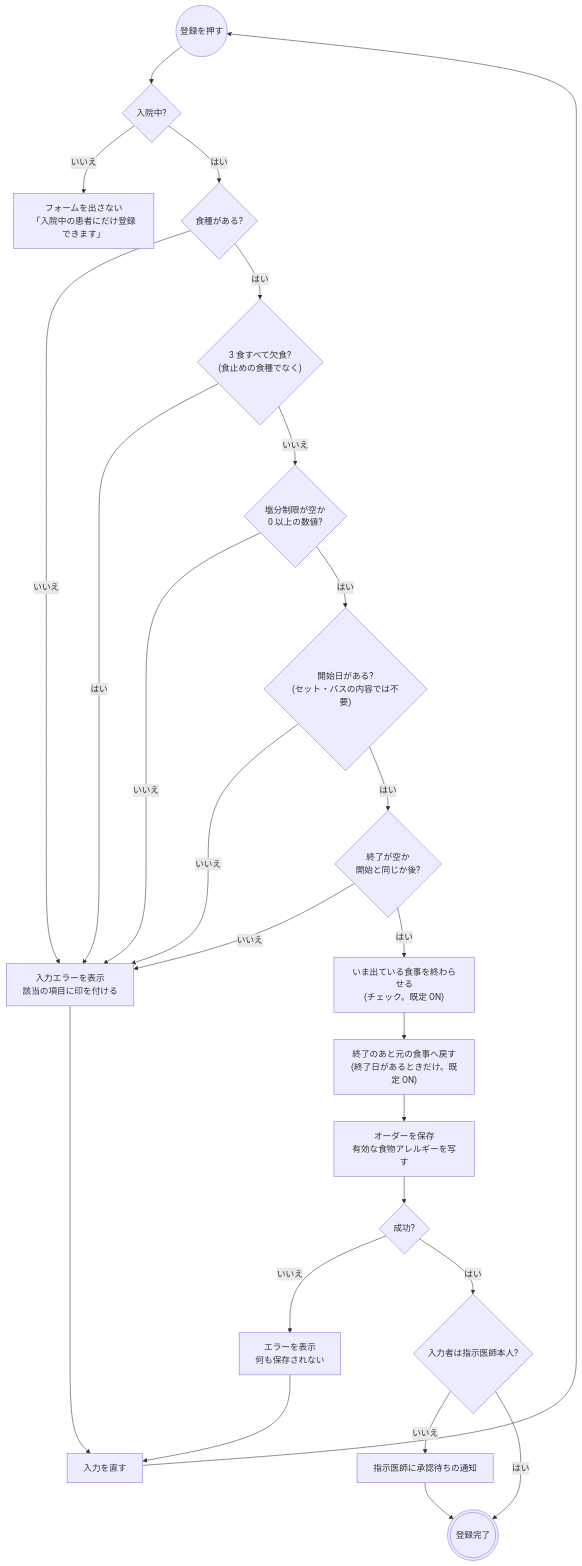
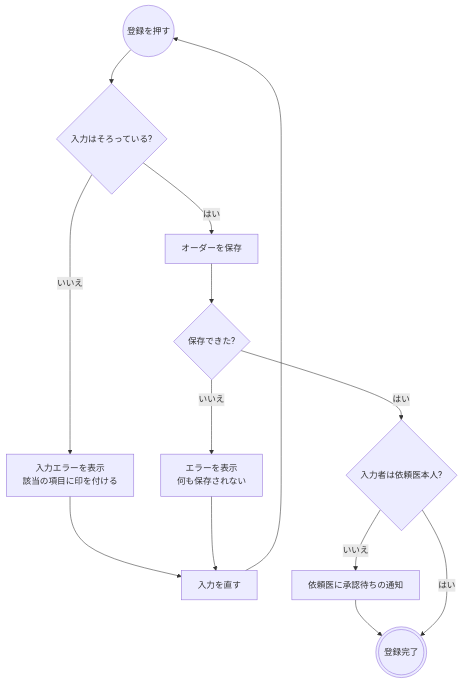
The second of 8 diagrams in docs/flows/meal.md (ysnr-dev/fhir-client-docs), drawn with Mermaid before and after one commit. The commit also changed other lines of this file and 43 other files, not shown here.

Commit message:
docs: 業務フローとシーケンス図を写し直し

````diff
--- a/docs/flows/meal.md
+++ b/docs/flows/meal.md
@@ -84,40 +83,21 @@
 ```mermaid
 flowchart TD
   submit(("登録を押す"))
-  admitted{"入院中?"}
-  noForm["フォームを出さない<br/>「入院中の患者にだけ登録できます」"]
-  diet{"食種がある?"}
-  skipped{"3 食すべて欠食?<br/>(食止めの食種でなく)"}
-  salt{"塩分制限が空か<br/>0 以上の数値?"}
-  startQ{"開始日がある?<br/>(セット・パスの内容では不要)"}
-  endQ{"終了が空か<br/>開始と同じか後?"}
+  check{"入力はそろっている?"}
   error["入力エラーを表示<br/>該当の項目に印を付ける"]
-  closing["いま出ている食事を終わらせる<br/>(チェック。既定 ON)"]
-  resume["終了のあと元の食事へ戻す<br/>(終了日があるときだけ。既定 ON)"]
-  send["オーダーを保存<br/>有効な食物アレルギーを写す"]
-  result{"成功?"}
+  fix["入力を直す"]
+  send["オーダーを保存"]
+  result{"保存できた?"}
   failed["エラーを表示<br/>何も保存されない"]
-  proxy{"入力者は指示医師本人?"}
-  approval["指示医師に承認待ちの通知"]
+  proxy{"入力者は依頼医本人?"}
+  approval["依頼医に承認待ちの通知"]
   done((("登録完了")))
-  fix["入力を直す"]
 
-  submit --> admitted
-  admitted -- "いいえ" --> noForm
-  admitted -- "はい" --> diet
-  diet -- "いいえ" --> error
-  diet -- "はい" --> skipped
-  skipped -- "はい" --> error
-  skipped -- "いいえ" --> salt
-  salt -- "いいえ" --> error
-  salt -- "はい" --> startQ
-  startQ -- "いいえ" --> error
-  startQ -- "はい" --> endQ
-  endQ -- "いいえ" --> error
-  endQ -- "はい" --> closing --> resume --> send --> result
+  submit --> check
+  check -- "いいえ" --> error --> fix --> submit
+  check -- "はい" --> send --> result
   result -- "いいえ" --> failed --> fix
   result -- "はい" --> proxy
   proxy -- "いいえ" --> approval --> done
   proxy -- "はい" --> done
-  error --> fix --> submit
 ```
````
